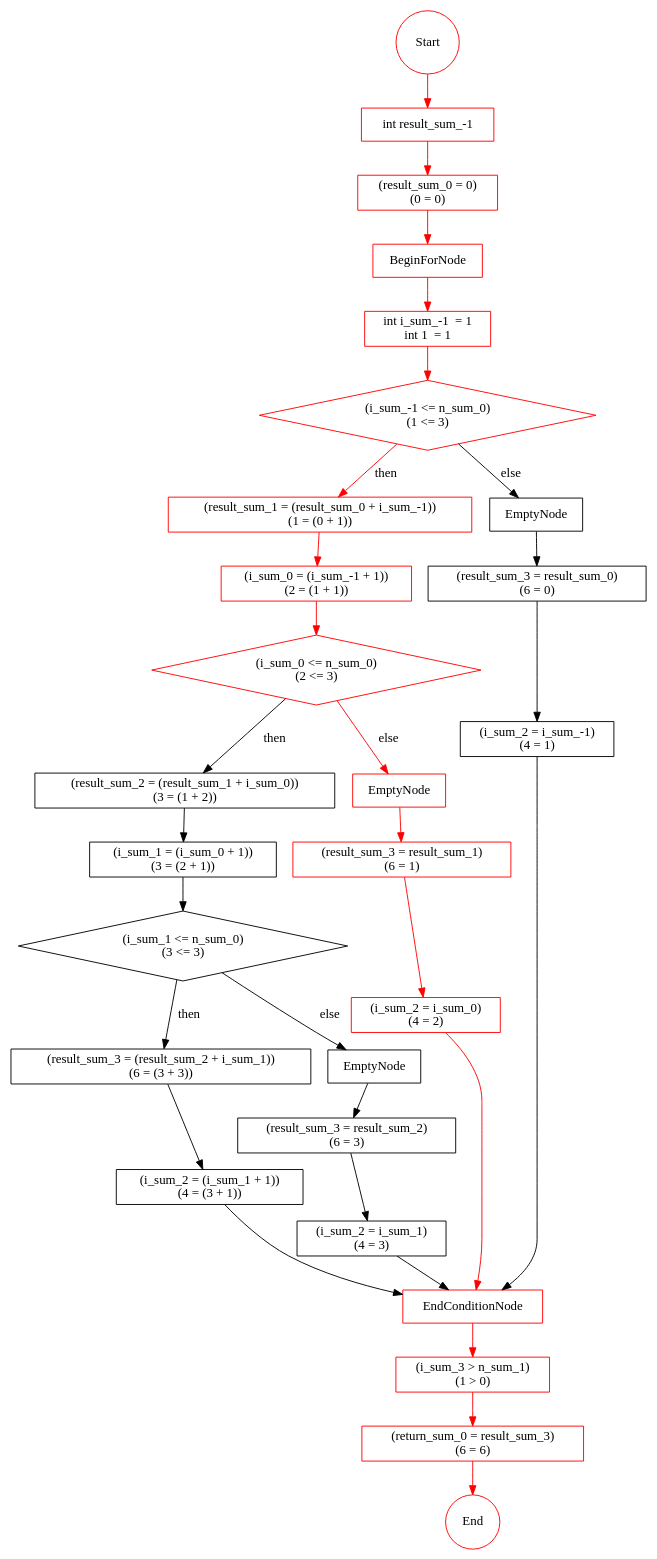
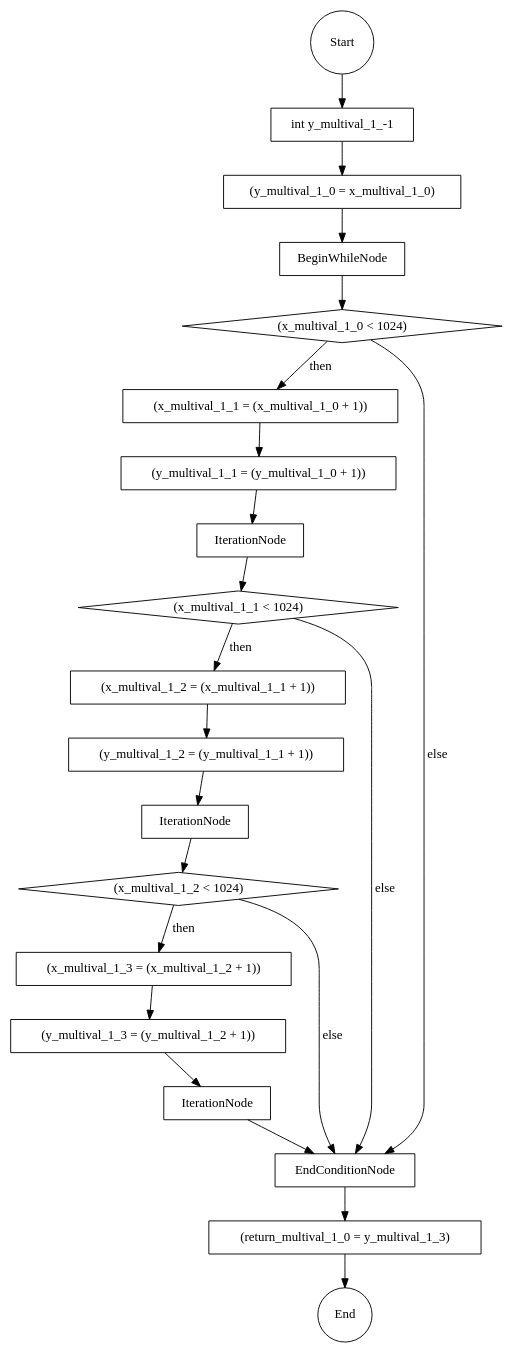
The diagram in graph.dot (vananhnt/Vtse-VerificationTool), drawn with Graphviz before and after one commit. The commit also changed 5 other files, not shown here.

```diff
--- a/graph.dot
+++ b/graph.dot
@@ -1,145 +1,58 @@
 strict digraph {
 Start[label="Start" shape=circle];
-"Start" -> "int result_sum_-1 1724427546";
-"int result_sum_-1 1724427546" -> "(result_sum_0 = 0)999502537";
-"int result_sum_-1 1724427546" [ label="int result_sum_-1 " shape=rectangle];
-"(result_sum_0 = 0)999502537" [ label="(result_sum_0 = 0)
-(0 = 0)" shape=rectangle];
-"(result_sum_0 = 0)999502537" -> "939811291";
-"(result_sum_0 = 0)999502537" [ label="(result_sum_0 = 0)
-(0 = 0)" shape=rectangle];
-"939811291" [ label="BeginForNode" shape=rectangle];
-"939811291" -> "int i_sum_-1  = 1785611321";
-"939811291" [ label="BeginForNode" shape=rectangle];
-"int i_sum_-1  = 1785611321" [ label="int i_sum_-1  = 1
-int 1  = 1" shape=rectangle];
-"int i_sum_-1  = 1785611321" -> "(i_sum_-1 <= n_sum_0)231776900";
-"int i_sum_-1  = 1785611321" [ label="int i_sum_-1  = 1
-int 1  = 1" shape=rectangle];
-"(i_sum_-1 <= n_sum_0)231776900" [ label="(i_sum_-1 <= n_sum_0)
-(1 <= 3)" shape=rectangle];
-"(i_sum_-1 <= n_sum_0)231776900" [ shape=diamond ];
-"(i_sum_-1 <= n_sum_0)231776900" -> "(result_sum_1 = (result_sum_0 + i_sum_-1))804768909"[ label="then" ];
-"(result_sum_1 = (result_sum_0 + i_sum_-1))804768909" -> "(i_sum_0 = (i_sum_-1 + 1))887515665";
-"(result_sum_1 = (result_sum_0 + i_sum_-1))804768909" [ label="(result_sum_1 = (result_sum_0 + i_sum_-1))
-(1 = (0 + 1))" shape=rectangle];
-"(i_sum_0 = (i_sum_-1 + 1))887515665" [ label="(i_sum_0 = (i_sum_-1 + 1))
-(2 = (1 + 1))" shape=rectangle];
-"(i_sum_0 = (i_sum_-1 + 1))887515665" -> "(i_sum_0 <= n_sum_0)22137862";
-"(i_sum_0 = (i_sum_-1 + 1))887515665" [ label="(i_sum_0 = (i_sum_-1 + 1))
-(2 = (1 + 1))" shape=rectangle];
-"(i_sum_0 <= n_sum_0)22137862" [ label="(i_sum_0 <= n_sum_0)
-(2 <= 3)" shape=rectangle];
-"(i_sum_0 <= n_sum_0)22137862" [ shape=diamond ];
-"(i_sum_0 <= n_sum_0)22137862" -> "(result_sum_2 = (result_sum_1 + i_sum_0))161319466"[ label="then" ];
-"(result_sum_2 = (result_sum_1 + i_sum_0))161319466" -> "(i_sum_1 = (i_sum_0 + 1))404732976";
-"(result_sum_2 = (result_sum_1 + i_sum_0))161319466" [ label="(result_sum_2 = (result_sum_1 + i_sum_0))
-(3 = (1 + 2))" shape=rectangle];
-"(i_sum_1 = (i_sum_0 + 1))404732976" [ label="(i_sum_1 = (i_sum_0 + 1))
-(3 = (2 + 1))" shape=rectangle];
-"(i_sum_1 = (i_sum_0 + 1))404732976" -> "(i_sum_1 <= n_sum_0)523168704";
-"(i_sum_1 = (i_sum_0 + 1))404732976" [ label="(i_sum_1 = (i_sum_0 + 1))
-(3 = (2 + 1))" shape=rectangle];
-"(i_sum_1 <= n_sum_0)523168704" [ label="(i_sum_1 <= n_sum_0)
-(3 <= 3)" shape=rectangle];
-"(i_sum_1 <= n_sum_0)523168704" [ shape=diamond ];
-"(i_sum_1 <= n_sum_0)523168704" -> "(result_sum_3 = (result_sum_2 + i_sum_1))277886431"[ label="then" ];
-"(result_sum_3 = (result_sum_2 + i_sum_1))277886431" -> "(i_sum_2 = (i_sum_1 + 1))1975066941";
-"(result_sum_3 = (result_sum_2 + i_sum_1))277886431" [ label="(result_sum_3 = (result_sum_2 + i_sum_1))
-(6 = (3 + 3))" shape=rectangle];
-"(i_sum_2 = (i_sum_1 + 1))1975066941" [ label="(i_sum_2 = (i_sum_1 + 1))
-(4 = (3 + 1))" shape=rectangle];
-"(i_sum_2 = (i_sum_1 + 1))1975066941" -> "279117190";
-"(i_sum_2 = (i_sum_1 + 1))1975066941" [ label="(i_sum_2 = (i_sum_1 + 1))
-(4 = (3 + 1))" shape=rectangle];
-"279117190" [ label="EndConditionNode" shape=rectangle];
-"(i_sum_1 <= n_sum_0)523168704" -> "320117797"[ label="else" ];
-"320117797" -> "(result_sum_3 = result_sum_2)879935364";
-"320117797" [ label="EmptyNode" shape=rectangle];
-"(result_sum_3 = result_sum_2)879935364" [ label="(result_sum_3 = result_sum_2)
-(6 = 3)" shape=rectangle];
-"(result_sum_3 = result_sum_2)879935364" -> "(i_sum_2 = i_sum_1)1015317708";
-"(result_sum_3 = result_sum_2)879935364" [ label="(result_sum_3 = result_sum_2)
-(6 = 3)" shape=rectangle];
-"(i_sum_2 = i_sum_1)1015317708" [ label="(i_sum_2 = i_sum_1)
-(4 = 3)" shape=rectangle];
-"(i_sum_2 = i_sum_1)1015317708" -> "279117190";
-"(i_sum_2 = i_sum_1)1015317708" [ label="(i_sum_2 = i_sum_1)
-(4 = 3)" shape=rectangle];
-"279117190" [ label="EndConditionNode" shape=rectangle];
-"(i_sum_0 <= n_sum_0)22137862" -> "1183318274"[ label="else" ];
-"1183318274" -> "(result_sum_3 = result_sum_1)1909086274";
-"1183318274" [ label="EmptyNode" shape=rectangle];
-"(result_sum_3 = result_sum_1)1909086274" [ label="(result_sum_3 = result_sum_1)
-(6 = 1)" shape=rectangle];
-"(result_sum_3 = result_sum_1)1909086274" -> "(i_sum_2 = i_sum_0)1348814688";
-"(result_sum_3 = result_sum_1)1909086274" [ label="(result_sum_3 = result_sum_1)
-(6 = 1)" shape=rectangle];
-"(i_sum_2 = i_sum_0)1348814688" [ label="(i_sum_2 = i_sum_0)
-(4 = 2)" shape=rectangle];
-"(i_sum_2 = i_sum_0)1348814688" -> "279117190";
-"(i_sum_2 = i_sum_0)1348814688" [ label="(i_sum_2 = i_sum_0)
-(4 = 2)" shape=rectangle];
-"279117190" [ label="EndConditionNode" shape=rectangle];
-"(i_sum_-1 <= n_sum_0)231776900" -> "1222576964"[ label="else" ];
-"1222576964" -> "(result_sum_3 = result_sum_0)1322881868";
-"1222576964" [ label="EmptyNode" shape=rectangle];
-"(result_sum_3 = result_sum_0)1322881868" [ label="(result_sum_3 = result_sum_0)
-(6 = 0)" shape=rectangle];
-"(result_sum_3 = result_sum_0)1322881868" -> "(i_sum_2 = i_sum_-1)1844628125";
-"(result_sum_3 = result_sum_0)1322881868" [ label="(result_sum_3 = result_sum_0)
-(6 = 0)" shape=rectangle];
-"(i_sum_2 = i_sum_-1)1844628125" [ label="(i_sum_2 = i_sum_-1)
-(4 = 1)" shape=rectangle];
-"(i_sum_2 = i_sum_-1)1844628125" -> "279117190";
-"(i_sum_2 = i_sum_-1)1844628125" [ label="(i_sum_2 = i_sum_-1)
-(4 = 1)" shape=rectangle];
-"279117190" [ label="EndConditionNode" shape=rectangle];
-"279117190" -> "(i_sum_3 > n_sum_1)2017092793";
-"279117190" [ label="EndConditionNode" shape=rectangle];
-"(i_sum_3 > n_sum_1)2017092793" [ label="(i_sum_3 > n_sum_1)
-(1 > 0)" shape=rectangle];
-"(i_sum_3 > n_sum_1)2017092793" -> "(return_sum_0 = result_sum_3)1771407532";
-"(i_sum_3 > n_sum_1)2017092793" [ label="(i_sum_3 > n_sum_1)
-(1 > 0)" shape=rectangle];
-"(return_sum_0 = result_sum_3)1771407532" [ label="(return_sum_0 = result_sum_3)
-(6 = 6)" shape=rectangle];
-"(return_sum_0 = result_sum_3)1771407532" -> "1427766378";
-"(return_sum_0 = result_sum_3)1771407532" [ label="(return_sum_0 = result_sum_3)
-(6 = 6)" shape=rectangle];
-"1427766378" [ label="" shape=rectangle];
-"1427766378" [ label= "End" shape=circle];
+"Start" -> "int y_multival_1_-1 1939376353";
+"int y_multival_1_-1 1939376353" -> "(y_multival_1_0 = x_multival_1_0)1248453956";
+"int y_multival_1_-1 1939376353" [ label="int y_multival_1_-1 " shape=rectangle];
+"(y_multival_1_0 = x_multival_1_0)1248453956" [ label="(y_multival_1_0 = x_multival_1_0)" shape=rectangle];
+"(y_multival_1_0 = x_multival_1_0)1248453956" -> "1299779264";
+"(y_multival_1_0 = x_multival_1_0)1248453956" [ label="(y_multival_1_0 = x_multival_1_0)" shape=rectangle];
+"1299779264" [ label="BeginWhileNode" shape=rectangle];
+"1299779264" -> "(x_multival_1_0 < 1024)884161983";
+"1299779264" [ label="BeginWhileNode" shape=rectangle];
+"(x_multival_1_0 < 1024)884161983" [ label="(x_multival_1_0 < 1024)" shape=rectangle];
+"(x_multival_1_0 < 1024)884161983" [ shape=diamond ];
+"(x_multival_1_0 < 1024)884161983" -> "(x_multival_1_1 = (x_multival_1_0 + 1))64713800"[ label="then" ];
+"(x_multival_1_1 = (x_multival_1_0 + 1))64713800" -> "(y_multival_1_1 = (y_multival_1_0 + 1))111014578";
+"(x_multival_1_1 = (x_multival_1_0 + 1))64713800" [ label="(x_multival_1_1 = (x_multival_1_0 + 1))" shape=rectangle];
+"(y_multival_1_1 = (y_multival_1_0 + 1))111014578" [ label="(y_multival_1_1 = (y_multival_1_0 + 1))" shape=rectangle];
+"(y_multival_1_1 = (y_multival_1_0 + 1))111014578" -> "60289967";
+"(y_multival_1_1 = (y_multival_1_0 + 1))111014578" [ label="(y_multival_1_1 = (y_multival_1_0 + 1))" shape=rectangle];
+"60289967" [ label="IterationNode" shape=rectangle];
+"60289967" -> "(x_multival_1_1 < 1024)786720935";
+"60289967" [ label="IterationNode" shape=rectangle];
+"(x_multival_1_1 < 1024)786720935" [ label="(x_multival_1_1 < 1024)" shape=rectangle];
+"(x_multival_1_1 < 1024)786720935" [ shape=diamond ];
+"(x_multival_1_1 < 1024)786720935" -> "(x_multival_1_2 = (x_multival_1_1 + 1))1984241671"[ label="then" ];
+"(x_multival_1_2 = (x_multival_1_1 + 1))1984241671" -> "(y_multival_1_2 = (y_multival_1_1 + 1))530863135";
+"(x_multival_1_2 = (x_multival_1_1 + 1))1984241671" [ label="(x_multival_1_2 = (x_multival_1_1 + 1))" shape=rectangle];
+"(y_multival_1_2 = (y_multival_1_1 + 1))530863135" [ label="(y_multival_1_2 = (y_multival_1_1 + 1))" shape=rectangle];
+"(y_multival_1_2 = (y_multival_1_1 + 1))530863135" -> "588437199";
+"(y_multival_1_2 = (y_multival_1_1 + 1))530863135" [ label="(y_multival_1_2 = (y_multival_1_1 + 1))" shape=rectangle];
+"588437199" [ label="IterationNode" shape=rectangle];
+"588437199" -> "(x_multival_1_2 < 1024)784216922";
+"588437199" [ label="IterationNode" shape=rectangle];
+"(x_multival_1_2 < 1024)784216922" [ label="(x_multival_1_2 < 1024)" shape=rectangle];
+"(x_multival_1_2 < 1024)784216922" [ shape=diamond ];
+"(x_multival_1_2 < 1024)784216922" -> "(x_multival_1_3 = (x_multival_1_2 + 1))1898216338"[ label="then" ];
+"(x_multival_1_3 = (x_multival_1_2 + 1))1898216338" -> "(y_multival_1_3 = (y_multival_1_2 + 1))1277025541";
+"(x_multival_1_3 = (x_multival_1_2 + 1))1898216338" [ label="(x_multival_1_3 = (x_multival_1_2 + 1))" shape=rectangle];
+"(y_multival_1_3 = (y_multival_1_2 + 1))1277025541" [ label="(y_multival_1_3 = (y_multival_1_2 + 1))" shape=rectangle];
+"(y_multival_1_3 = (y_multival_1_2 + 1))1277025541" -> "2039275239";
+"(y_multival_1_3 = (y_multival_1_2 + 1))1277025541" [ label="(y_multival_1_3 = (y_multival_1_2 + 1))" shape=rectangle];
+"2039275239" [ label="IterationNode" shape=rectangle];
+"2039275239" -> "653727343";
+"2039275239" [ label="IterationNode" shape=rectangle];
+"653727343" [ label="EndConditionNode" shape=rectangle];
+"(x_multival_1_2 < 1024)784216922" -> "653727343"[ label="else" ];
+"(x_multival_1_1 < 1024)786720935" -> "653727343"[ label="else" ];
+"(x_multival_1_0 < 1024)884161983" -> "653727343"[ label="else" ];
+"653727343" -> "(return_multival_1_0 = y_multival_1_3)1952252360";
+"653727343" [ label="EndConditionNode" shape=rectangle];
+"(return_multival_1_0 = y_multival_1_3)1952252360" [ label="(return_multival_1_0 = y_multival_1_3)" shape=rectangle];
+"(return_multival_1_0 = y_multival_1_3)1952252360" -> "1443499955";
+"(return_multival_1_0 = y_multival_1_3)1952252360" [ label="(return_multival_1_0 = y_multival_1_3)" shape=rectangle];
+"1443499955" [ label="" shape=rectangle];
+"1443499955" [ label= "End" shape=circle];
 Start[label="Start" shape=circle];
-"Start" -> "int result_sum_-1 1724427546";
-Start[label="Start" shape=circle color=red];
-"Start" -> "int result_sum_-1 1724427546" [ color="red"];
-"int result_sum_-1 1724427546" [ color="red"];
-"(result_sum_0 = 0)999502537" [ color="red"];
-"939811291" [ color="red"];
-"int i_sum_-1  = 1785611321" [ color="red"];
-"(i_sum_-1 <= n_sum_0)231776900" [ color="red"];
-"(result_sum_1 = (result_sum_0 + i_sum_-1))804768909" [ color="red"];
-"(i_sum_0 = (i_sum_-1 + 1))887515665" [ color="red"];
-"(i_sum_0 <= n_sum_0)22137862" [ color="red"];
-"1183318274" [ color="red"];
-"(result_sum_3 = result_sum_1)1909086274" [ color="red"];
-"(i_sum_2 = i_sum_0)1348814688" [ color="red"];
-"279117190" [ color="red"];
-"(i_sum_3 > n_sum_1)2017092793" [ color="red"];
-"(return_sum_0 = result_sum_3)1771407532" [ color="red"];
-"1427766378" [ color="red"];
-"int result_sum_-1 1724427546" -> "(result_sum_0 = 0)999502537" [ color="red"];
-"(result_sum_0 = 0)999502537" -> "939811291" [ color="red"];
-"939811291" -> "int i_sum_-1  = 1785611321" [ color="red"];
-"int i_sum_-1  = 1785611321" -> "(i_sum_-1 <= n_sum_0)231776900" [ color="red"];
-"(i_sum_-1 <= n_sum_0)231776900" -> "(result_sum_1 = (result_sum_0 + i_sum_-1))804768909" [ color="red"];
-"(result_sum_1 = (result_sum_0 + i_sum_-1))804768909" -> "(i_sum_0 = (i_sum_-1 + 1))887515665" [ color="red"];
-"(i_sum_0 = (i_sum_-1 + 1))887515665" -> "(i_sum_0 <= n_sum_0)22137862" [ color="red"];
-"(i_sum_0 <= n_sum_0)22137862" -> "1183318274" [ color="red"];
-"1183318274" -> "(result_sum_3 = result_sum_1)1909086274" [ color="red"];
-"(result_sum_3 = result_sum_1)1909086274" -> "(i_sum_2 = i_sum_0)1348814688" [ color="red"];
-"(i_sum_2 = i_sum_0)1348814688" -> "279117190" [ color="red"];
-"279117190" -> "(i_sum_3 > n_sum_1)2017092793" [ color="red"];
-"(i_sum_3 > n_sum_1)2017092793" -> "(return_sum_0 = result_sum_3)1771407532" [ color="red"];
-"(return_sum_0 = result_sum_3)1771407532" -> "1427766378" [ color="red"];
+"Start" -> "int y_multival_1_-1 1939376353";
 }
```
